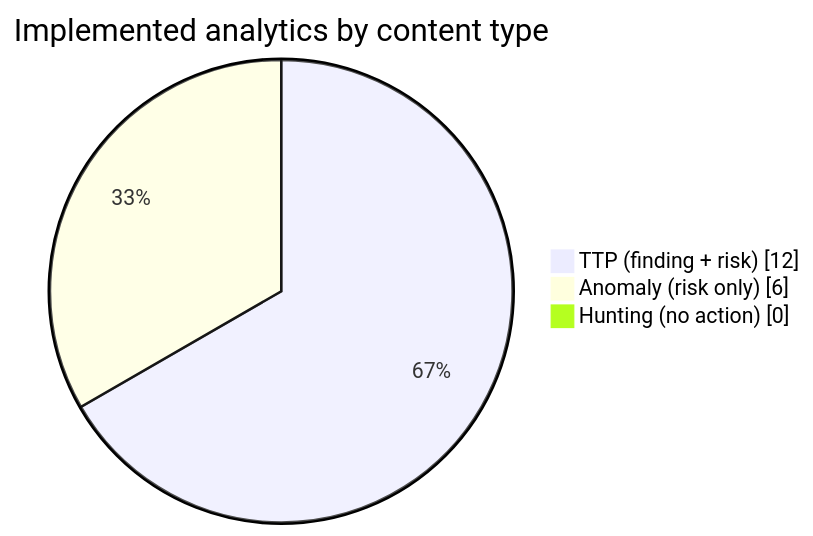
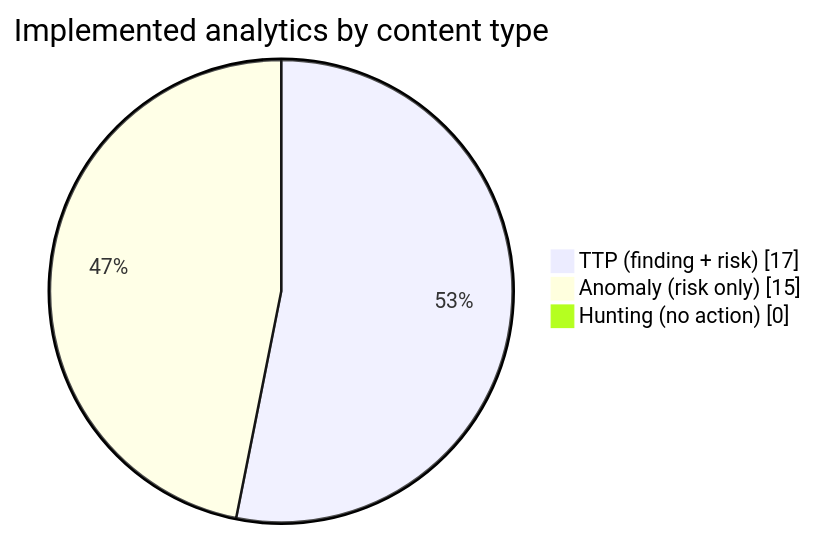
Before and after one commit to dev-nobytes-io/mitre-defensive-mappings-spl: the first of 2 diagrams in docs/analytics/README.md, drawn with Mermaid. The commit also changed other lines of this file and 48 other files, not shown here.

````diff
--- a/docs/analytics/README.md
+++ b/docs/analytics/README.md
@@ -5,7 +5,7 @@
 ```mermaid
 pie showData
     title Implemented analytics by content type
-    "TTP (finding + risk)" : 12
-    "Anomaly (risk only)" : 6
+    "TTP (finding + risk)" : 17
+    "Anomaly (risk only)" : 15
     "Hunting (no action)" : 0
 ```
````
